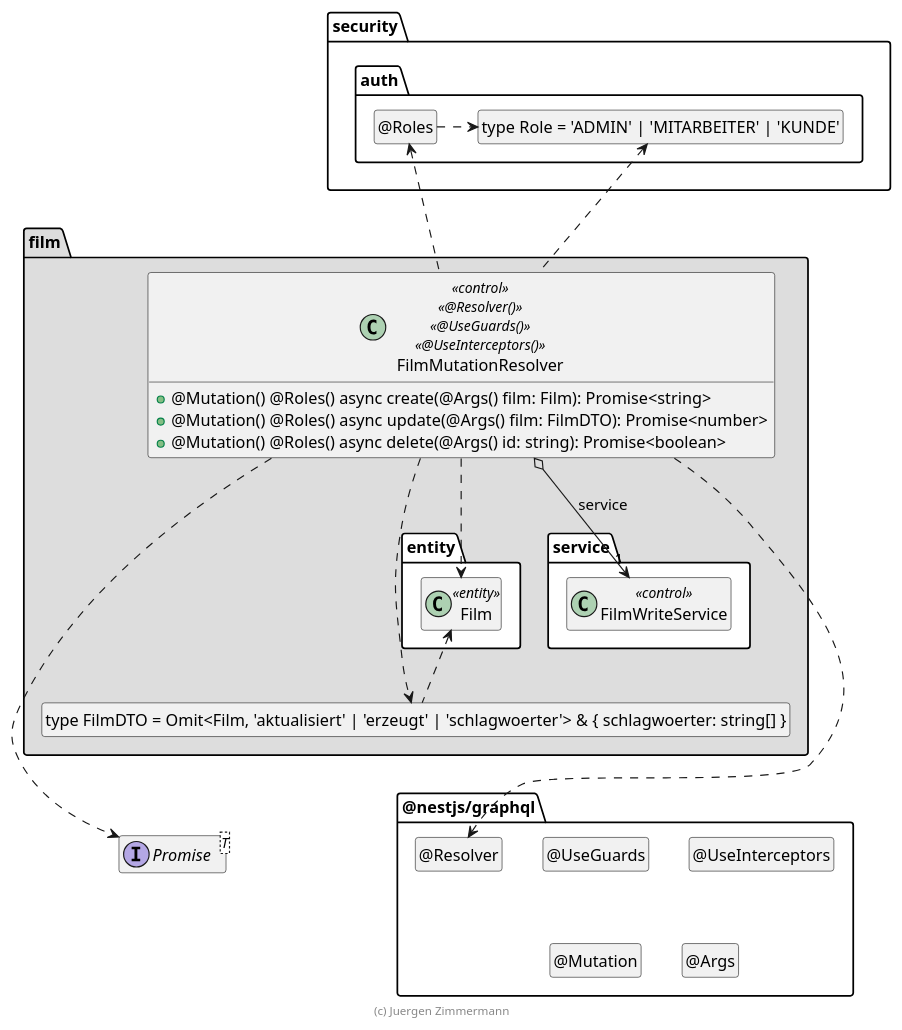
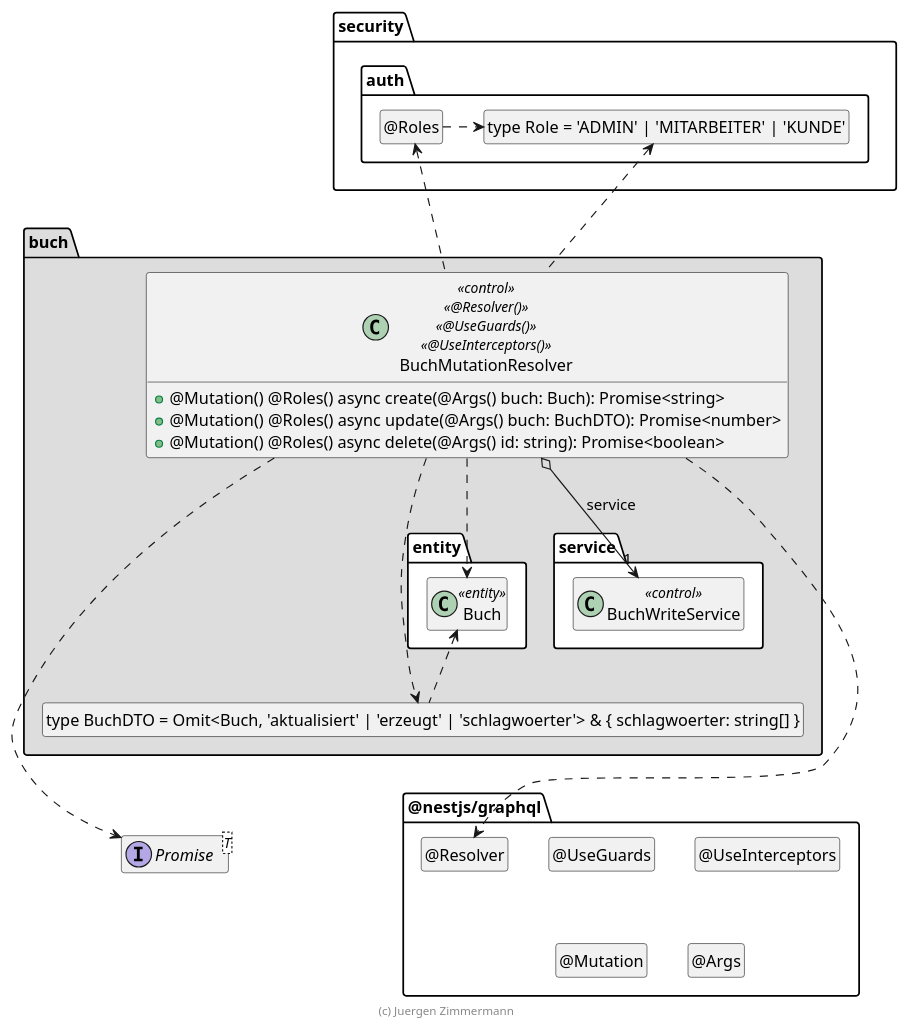
Before and after one commit to Yuszi/Film: the diagram in .extras/doc/entwicklerhandbuch/FilmMutationResolver.plantuml, drawn with PlantUML. The commit also changed 12 other files, not shown here.

```diff
--- a/.extras/doc/entwicklerhandbuch/FilmMutationResolver.plantuml
+++ b/.extras/doc/entwicklerhandbuch/FilmMutationResolver.plantuml
@@ -18,69 +18,69 @@
 @startuml Controller-Klasse
 
 interface Promise<T>
 
 package @nestjs/graphql {
   class "@Resolver" as Resolver
   hide Resolver circle
 
   class "@UseGuards" as UseGuards
   hide UseGuards circle
 
   class "@UseInterceptors" as UseInterceptors
   hide UseInterceptors circle
 
   class "@Mutation" as Mutation
   hide Mutation circle
 
   class "@Args" as Args
   hide Args circle
 }
 
 package security.auth {
   class "type Role = 'ADMIN' | 'MITARBEITER' | 'KUNDE'" as Role
   hide Role circle
 
   class "@Roles" as Roles
   hide Roles circle
 
   Roles .right.> Role
 }
 
-package film #DDDDDD {
+package buch #DDDDDD {
   package entity #FFFFFF {
-    class Film <<entity>>
+    class Buch <<entity>>
   }
 
   package service #FFFFFF {
-    class FilmWriteService << control >>
+    class BuchWriteService << control >>
   }
 
-  class "type FilmDTO = Omit<Film, 'aktualisiert' | 'erzeugt' | 'schlagwoerter'> & { schlagwoerter: string[] }" as FilmDTO
-  hide FilmDTO circle
+  class "type BuchDTO = Omit<Buch, 'aktualisiert' | 'erzeugt' | 'schlagwoerter'> & { schlagwoerter: string[] }" as BuchDTO
+  hide BuchDTO circle
 
-  class FilmMutationResolver << control >> << @Resolver() >> << @UseGuards() >> << @UseInterceptors() >> {
-    + @Mutation() @Roles() async create(@Args() film: Film): Promise<string>
-    + @Mutation() @Roles() async update(@Args() film: FilmDTO): Promise<number>
+  class BuchMutationResolver << control >> << @Resolver() >> << @UseGuards() >> << @UseInterceptors() >> {
+    + @Mutation() @Roles() async create(@Args() buch: Buch): Promise<string>
+    + @Mutation() @Roles() async update(@Args() buch: BuchDTO): Promise<number>
     + @Mutation() @Roles() async delete(@Args() id: string): Promise<boolean>
   }
 
-  FilmMutationResolver o-down-> "1" FilmWriteService : service
+  BuchMutationResolver o-down-> "1" BuchWriteService : service
 
-  FilmMutationResolver ..> Film
-  FilmMutationResolver ..> FilmDTO
-  FilmDTO .up.> Film
-  FilmMutationResolver ..> Promise
-  FilmMutationResolver ..> Resolver
+  BuchMutationResolver ..> Buch
+  BuchMutationResolver ..> BuchDTO
+  BuchDTO .up.> Buch
+  BuchMutationResolver ..> Promise
+  BuchMutationResolver ..> Resolver
 
-  FilmMutationResolver .up.> Roles
-  FilmMutationResolver .up.> Role
+  BuchMutationResolver .up.> Roles
+  BuchMutationResolver .up.> Role
 
-  FilmDTO .[hidden].> Promise
-  FilmDTO .[hidden].> Resolver
+  BuchDTO .[hidden].> Promise
+  BuchDTO .[hidden].> Resolver
 }
 
 hide empty members
 
 footer (c) Juergen Zimmermann
 
 @enduml
```
